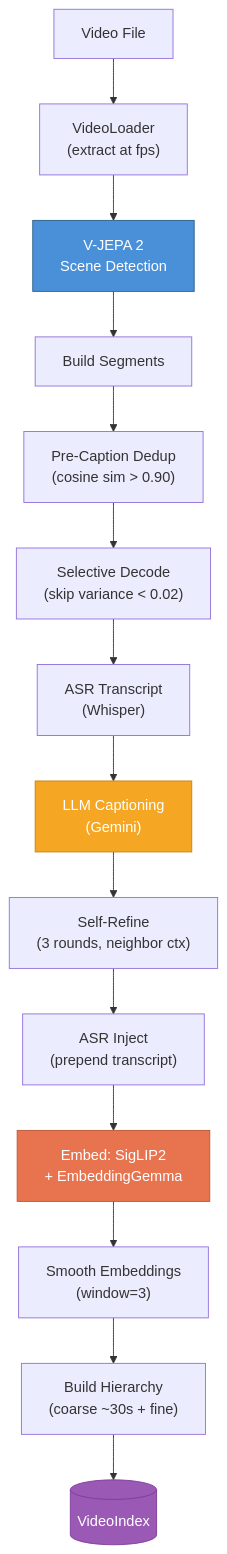
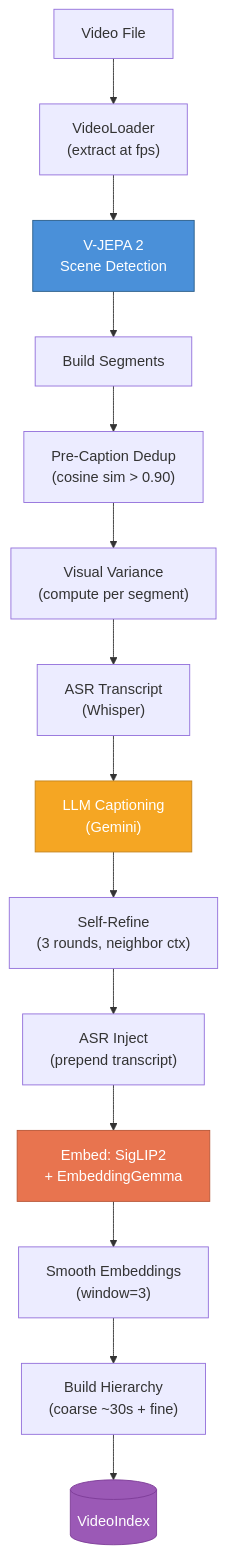
Before and after one commit to apicurius/VideoRLM: the second of 4 diagrams in VIDEO_README.md, drawn with Mermaid. The commit also changed other lines of this file and 1 other file, not shown here.

First line of the commit message:
docs: update README and VIDEO_README for selective decode removal

````diff
--- a/VIDEO_README.md
+++ b/VIDEO_README.md
@@ -56,21 +56,21 @@
 ```mermaid
 flowchart TD
     A["Video File"] --> B["VideoLoader<br/>(extract at fps)"]
     B --> C["V-JEPA 2<br/>Scene Detection"]
     C --> D["Build Segments"]
     D --> E["Pre-Caption Dedup<br/>(cosine sim > 0.90)"]
-    E --> F["Selective Decode<br/>(skip variance < 0.02)"]
+    E --> F["Visual Variance<br/>(compute per segment)"]
     F --> G["ASR Transcript<br/>(Whisper)"]
     G --> H["LLM Captioning<br/>(Gemini)"]
     H --> I["Self-Refine<br/>(3 rounds, neighbor ctx)"]
     I --> J["ASR Inject<br/>(prepend transcript)"]
     J --> K["Embed: SigLIP2<br/>+ EmbeddingGemma"]
     K --> L["Smooth Embeddings<br/>(window=3)"]
     L --> M["Build Hierarchy<br/>(coarse ~30s + fine)"]
     M --> N[("VideoIndex")]
 
     style C fill:#4a90d9,stroke:#2c5f8a,color:#fff
     style K fill:#e8744f,stroke:#b85636,color:#fff
     style H fill:#f5a623,stroke:#c4841c,color:#fff
     style N fill:#9b59b6,stroke:#7d3c98,color:#fff
 ```
````
